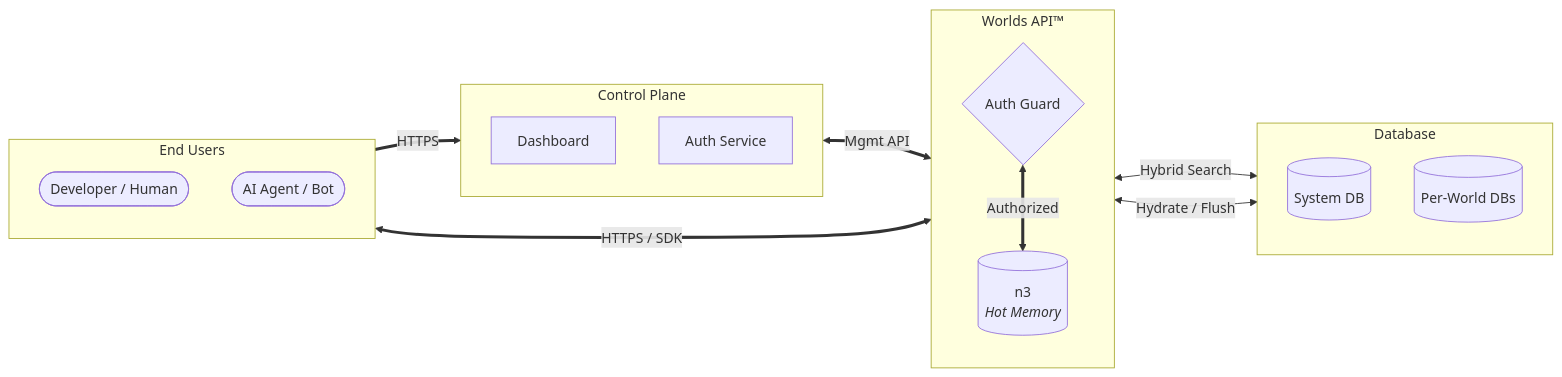
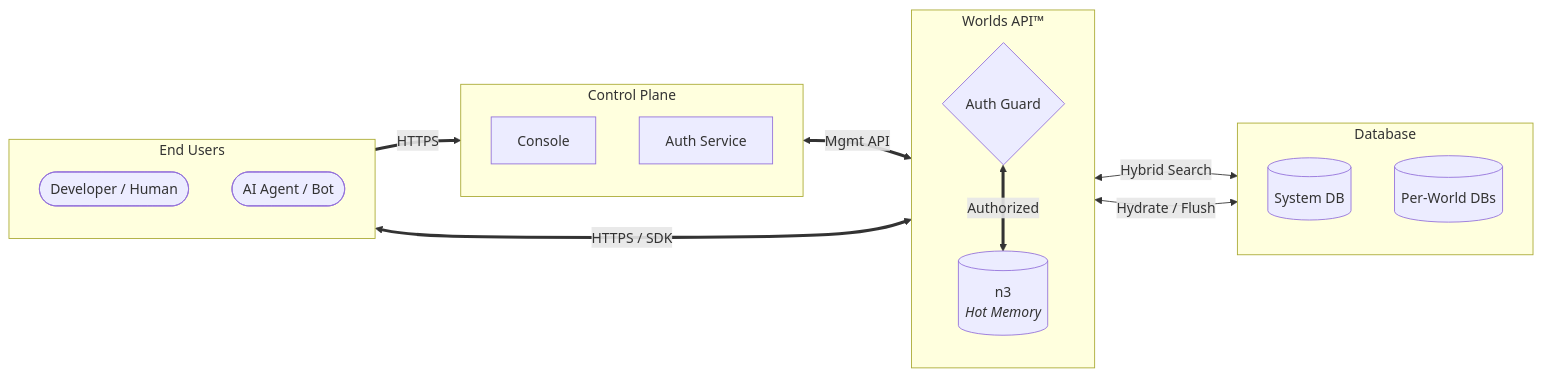
The diagram in packages/docs/paper.mdx (wazootech/worlds), drawn with Mermaid before and after one commit. The commit also changed other lines of this file and 36 other files, not shown here.

````diff
--- a/packages/docs/paper.mdx
+++ b/packages/docs/paper.mdx
@@ -98,38 +96,38 @@
 ```mermaid
 graph LR
     subgraph Users ["End Users"]
         direction TB
         Dev([Developer / Human])
         Agent([AI Agent / Bot])
     end
 
     subgraph Control ["Control Plane"]
         direction TB
-        Dashboard[Dashboard]
+        Console[Console]
         Auth[Auth Service]
     end
 
     subgraph Edge ["Worlds API™"]
         direction TB
         Guard{Auth Guard}
         N3[("n3<br/><i>Hot Memory</i>")]
     end
 
     subgraph Storage ["Database"]
         direction TB
         SysDB[("System DB")]
         WorldDB[("Per-World DBs")]
     end
 
     %% Human/Control Flow
-    Dev ==>|HTTPS| Dashboard
-    Dashboard <==>|Mgmt API| Guard
+    Dev ==>|HTTPS| Console
+    Console <==>|Mgmt API| Guard
 
     %% Agent/Data Flow
     Agent <==>|HTTPS / SDK| Guard
     Guard <==>|Authorized| N3
 
     %% Internal Processing
     N3 <-->|Hybrid Search| WorldDB
     N3 <-->|Hydrate / Flush| WorldDB
 ```
````
